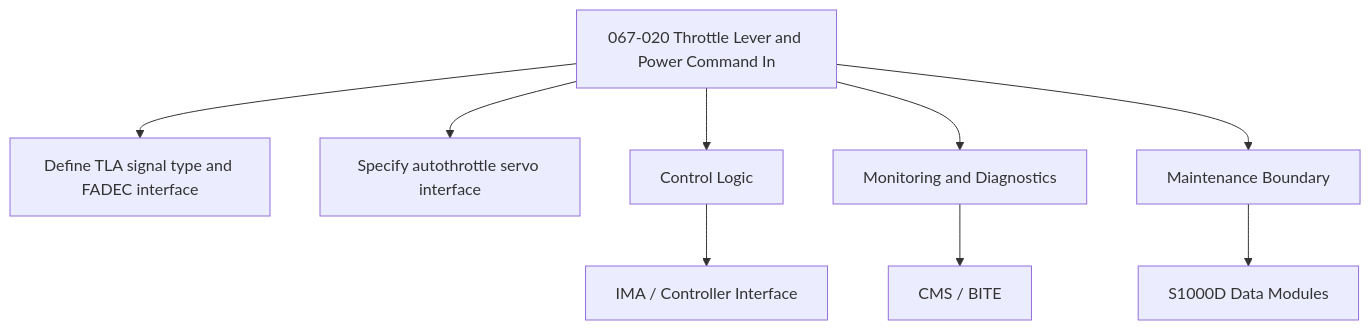
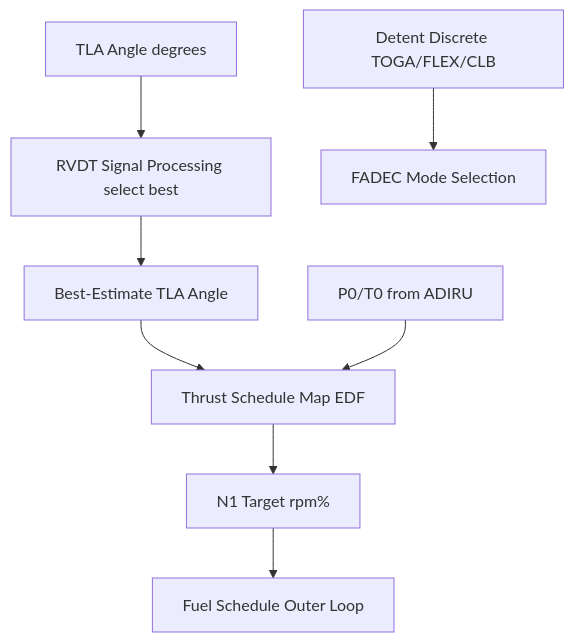
Before and after one commit to AmedeoPelliccia/Qplus-For-All-Queer-People-and-Quantum: the second of 2 diagrams in Q+ATLANTIDE/000-099_ATLAS/060-069_Propulsion-Tradicional/067_Engine-Controls/067-020-Throttle-Lever-and-Power-Command-Interfaces.md, drawn with Mermaid. The commit also changed other lines of this file and 9 other files, not shown here.

````diff
--- a/Q+ATLANTIDE/000-099_ATLAS/060-069_Propulsion-Tradicional/067_Engine-Controls/067-020-Throttle-Lever-and-Power-Command-Interfaces.md
+++ b/Q+ATLANTIDE/000-099_ATLAS/060-069_Propulsion-Tradicional/067_Engine-Controls/067-020-Throttle-Lever-and-Power-Command-Interfaces.md
@@ -172,11 +96,10 @@
 ```mermaid
 flowchart TB
-    SYS[067-020 Throttle Lever and Power Command In] --> F1[Define TLA signal type and FADEC interface]
-    SYS --> F2[Specify autothrottle servo interface]
-    SYS --> CTRL[Control Logic]
-    SYS --> MON[Monitoring and Diagnostics]
-    SYS --> MAINT[Maintenance Boundary]
-    CTRL --> IMA[IMA / Controller Interface]
-    MON --> CMS[CMS / BITE]
-    MAINT --> CSDB[S1000D Data Modules]
+    ANGLE_DEG[TLA Angle degrees] --> RVDT_PROC[RVDT Signal Processing select best]
+    RVDT_PROC --> TLA_ANGLE[Best-Estimate TLA Angle]
+    TLA_ANGLE --> THRUST_SCHED[Thrust Schedule Map EDF]
+    P0_T0[P0/T0 from ADIRU] --> THRUST_SCHED
+    THRUST_SCHED --> N1_TARGET[N1 Target rpm%]
+    N1_TARGET --> FUEL_SCHED[Fuel Schedule Outer Loop]
+    DETENT_DISCO[Detent Discrete TOGA/FLEX/CLB] --> FADEC_MODE[FADEC Mode Selection]
 ```
````
